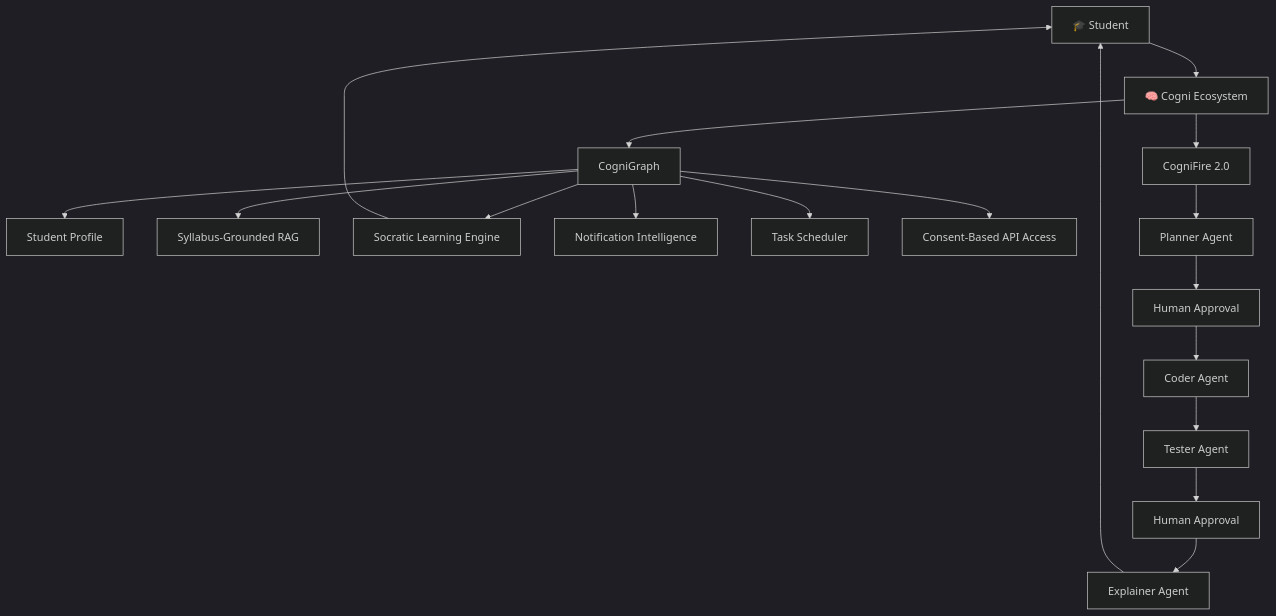
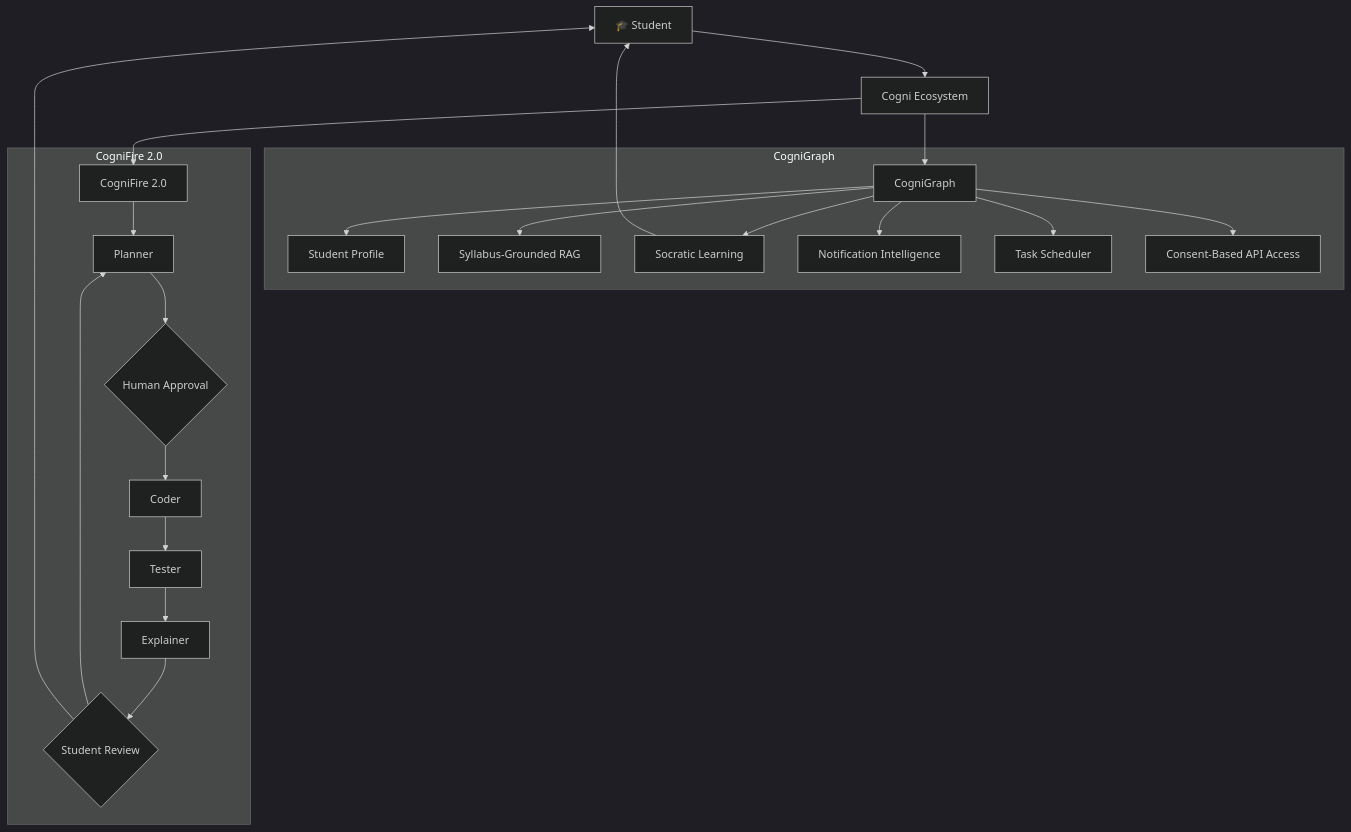
The diagram in README.md (DHANU-MASTER/cogni-ecosystem), drawn with Mermaid (dark theme) before and after one commit. The commit also changed other lines of this file, not shown here.

Commit message:
docs: update README with Cogni project vision and roadmap

````diff
--- a/README.md
+++ b/README.md
@@ -193,24 +198,29 @@
 ```mermaid
 flowchart TB
-    U["🎓 Student"] --> C["🧠 Cogni Ecosystem"]
+    U["🎓 Student"] --> C["Cogni Ecosystem"]
 
     C --> G["CogniGraph"]
     C --> F["CogniFire 2.0"]
 
-    G --> P["Student Profile"]
-    G --> R["Syllabus-Grounded RAG"]
-    G --> S["Socratic Learning Engine"]
-    G --> N["Notification Intelligence"]
-    G --> T["Task Scheduler"]
-    G --> A["Consent-Based API Access"]
+    subgraph CG["CogniGraph"]
+        G --> P["Student Profile"]
+        G --> R["Syllabus-Grounded RAG"]
+        G --> S["Socratic Learning"]
+        G --> N["Notification Intelligence"]
+        G --> T["Task Scheduler"]
+        G --> A["Consent-Based API Access"]
+    end
 
-    F --> PL["Planner Agent"]
-    PL --> H1["Human Approval"]
-    H1 --> CO["Coder Agent"]
-    CO --> TE["Tester Agent"]
-    TE --> H2["Human Approval"]
-    H2 --> EX["Explainer Agent"]
+    subgraph CF["CogniFire 2.0"]
+        F --> PL["Planner"]
+        PL --> H1{"Human Approval"}
+        H1 --> CO["Coder"]
+        CO --> TE["Tester"]
+        TE --> EX["Explainer"]
+        EX --> H2{"Student Review"}
+        H2 --> PL
+    end
 
     S --> U
-    EX --> U
+    H2 --> U
 ```
````
